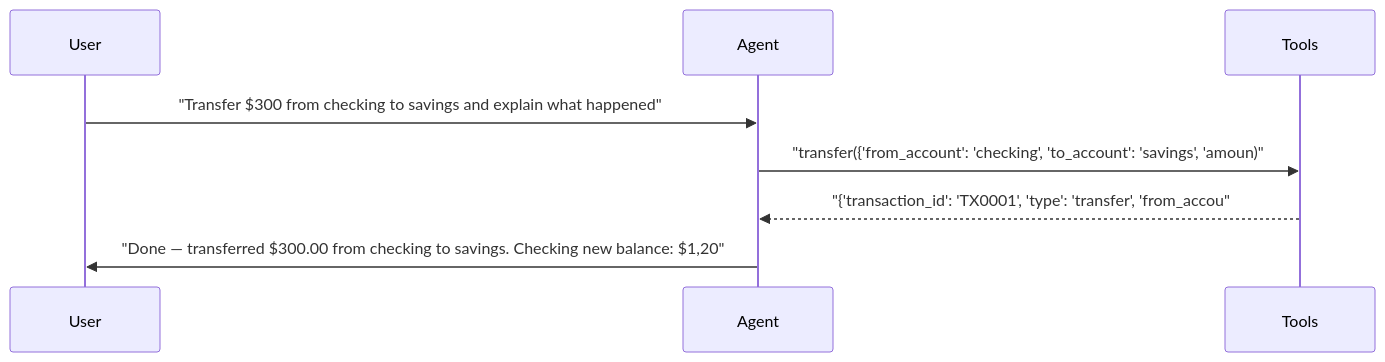
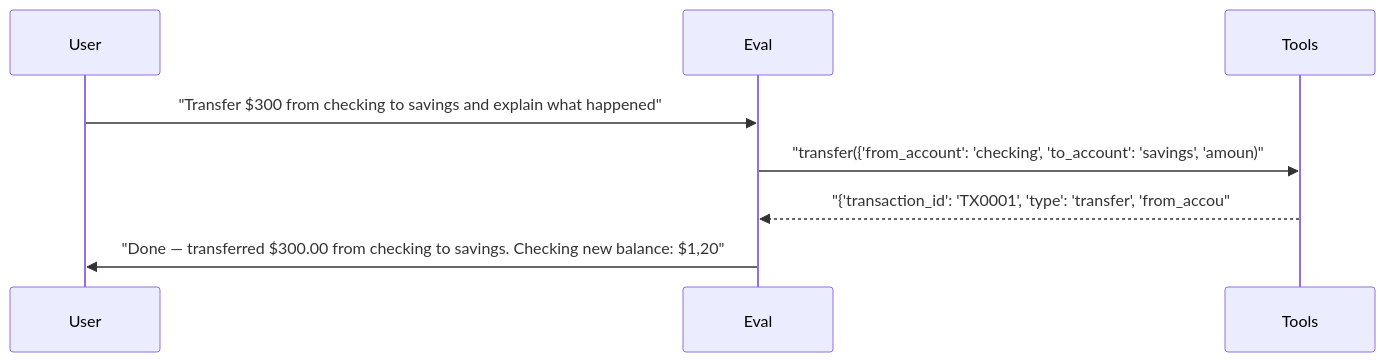
One commit to sbroenne/pytest-skill-engineering changed the fourth of 6 diagrams in docs/reports/05_prompt_comparison.md. Above: the diagram before and after it, drawn with Mermaid. The commit also changed other lines of this file and 155 other files, not shown here.

````diff
--- a/docs/reports/05_prompt_comparison.md
+++ b/docs/reports/05_prompt_comparison.md
@@ -293,11 +293,11 @@
 ```mermaid
 sequenceDiagram
     participant User
-    participant Agent
+    participant Eval
     participant Tools
 
-    User->>Agent: "Transfer $300 from checking to savings and explain what happened"
-    Agent->>Tools: "transfer({'from_account': 'checking', 'to_account': 'savings', 'amoun)"
-    Tools-->>Agent: "{'transaction_id': 'TX0001', 'type': 'transfer', 'from_accou"
-    Agent->>User: "Done — transferred $300.00 from checking to savings. Checking new balance: $1,20"
+    User->>Eval: "Transfer $300 from checking to savings and explain what happened"
+    Eval->>Tools: "transfer({'from_account': 'checking', 'to_account': 'savings', 'amoun)"
+    Tools-->>Eval: "{'transaction_id': 'TX0001', 'type': 'transfer', 'from_accou"
+    Eval->>User: "Done — transferred $300.00 from checking to savings. Checking new balance: $1,20"
 ```
````
